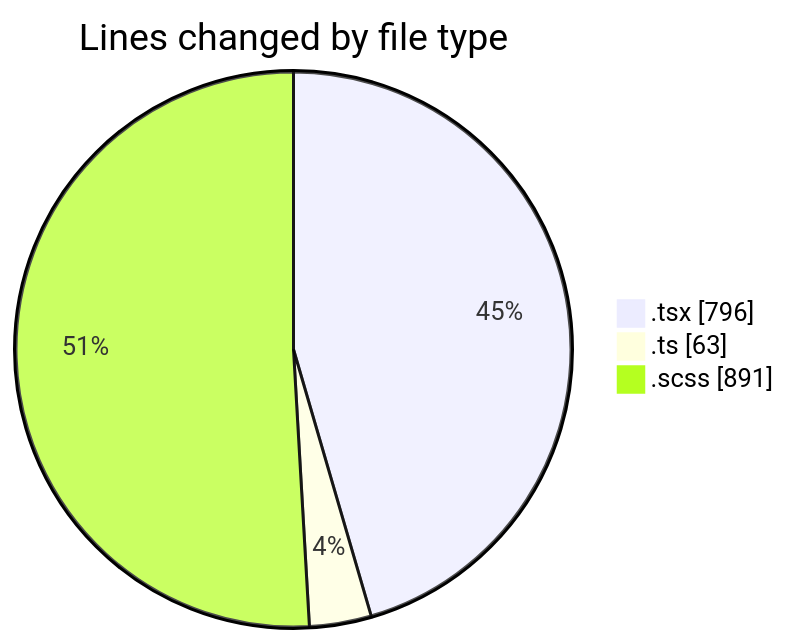
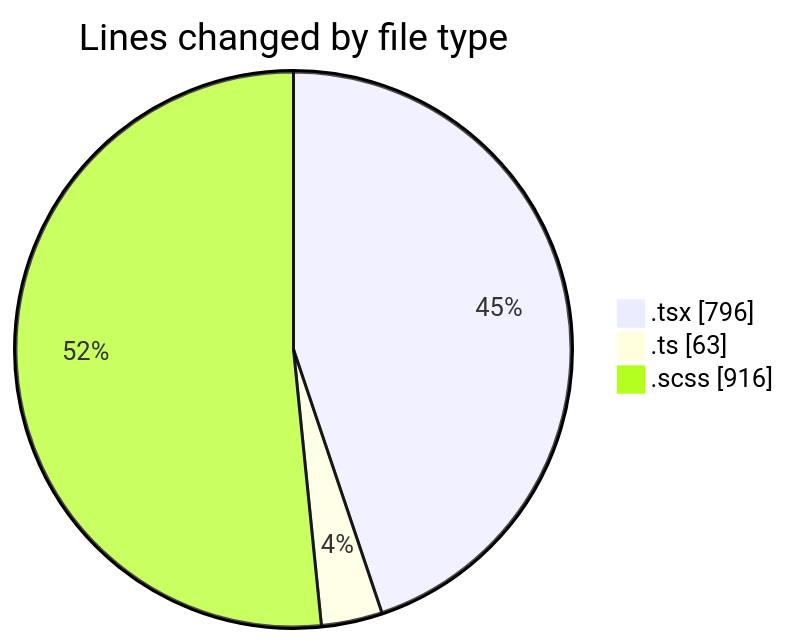
Before and after one commit to momahboobian/code-tracking: the first of 2 diagrams in 2025-04-02/cda/README.md, drawn with Mermaid. The commit also changed other lines of this file and 1 other file, not shown here.

````diff
--- a/2025-04-02/cda/README.md
+++ b/2025-04-02/cda/README.md
@@ -26,7 +26,7 @@
 ```mermaid
 pie showData
 title Lines changed by file type
 ".tsx" : 796
 ".ts" : 63
-".scss" : 891
+".scss" : 916
 ```
````
